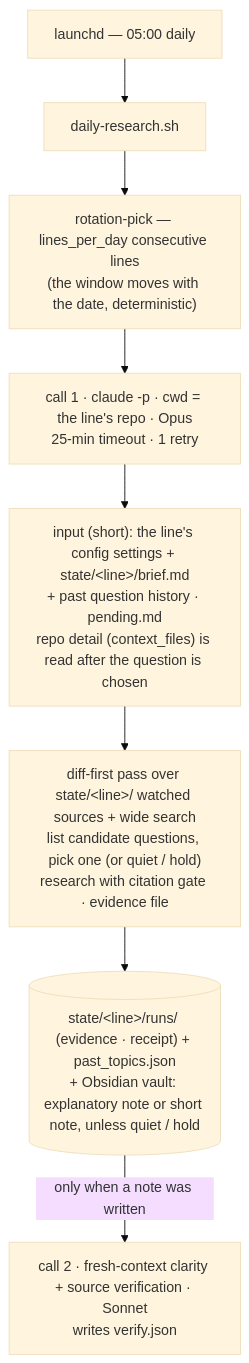
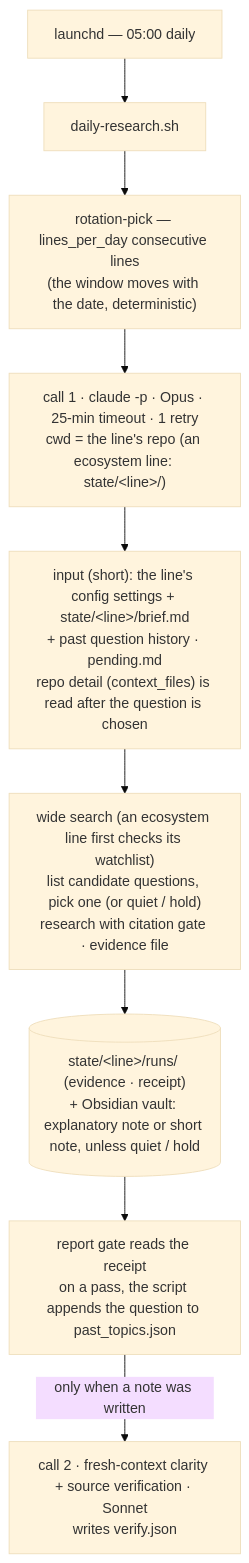
One commit to shimo4228/daily-research changed the diagram in README.md. Above: the diagram before and after it, drawn with Mermaid (base theme). The commit also changed other lines of this file and 1 other file, not shown here.

First line of the commit message:
docs(readme): watched sources の差分確認を ecosystem line だけの手順にし、past_topics.json をゲート後にスクリプトが追記する形で描く

````diff
--- a/README.md
+++ b/README.md
@@ -19,10 +19,11 @@
 ```mermaid
 flowchart TD
     cron["launchd — 05:00 daily"] --> orch["daily-research.sh"]
     orch --> pick["rotation-pick — lines_per_day consecutive lines<br/>(the window moves with the date, deterministic)"]
-    pick --> loop["call 1 · claude -p · cwd = the line's repo · Opus<br/>25-min timeout · 1 retry"]
+    pick --> loop["call 1 · claude -p · Opus · 25-min timeout · 1 retry<br/>cwd = the line's repo (an ecosystem line: state/&lt;line&gt;/)"]
     loop --> ctx["input (short): the line's config settings + state/&lt;line&gt;/brief.md<br/>+ past question history · pending.md<br/>repo detail (context_files) is read after the question is chosen"]
-    ctx --> run["diff-first pass over state/&lt;line&gt;/ watched sources + wide search<br/>list candidate questions, pick one (or quiet / hold)<br/>research with citation gate · evidence file"]
-    run --> out[("state/&lt;line&gt;/runs/ (evidence · receipt) + past_topics.json<br/>+ Obsidian vault: explanatory note or short note, unless quiet / hold")]
-    out -->|only when a note was written| clarity["call 2 · fresh-context clarity + source verification · Sonnet<br/>writes verify.json"]
+    ctx --> run["wide search (an ecosystem line first checks its watchlist)<br/>list candidate questions, pick one (or quiet / hold)<br/>research with citation gate · evidence file"]
+    run --> out[("state/&lt;line&gt;/runs/ (evidence · receipt)<br/>+ Obsidian vault: explanatory note or short note, unless quiet / hold")]
+    out --> gate["report gate reads the receipt<br/>on a pass, the script appends the question to past_topics.json"]
+    gate -->|only when a note was written| clarity["call 2 · fresh-context clarity + source verification · Sonnet<br/>writes verify.json"]
 ```
````
